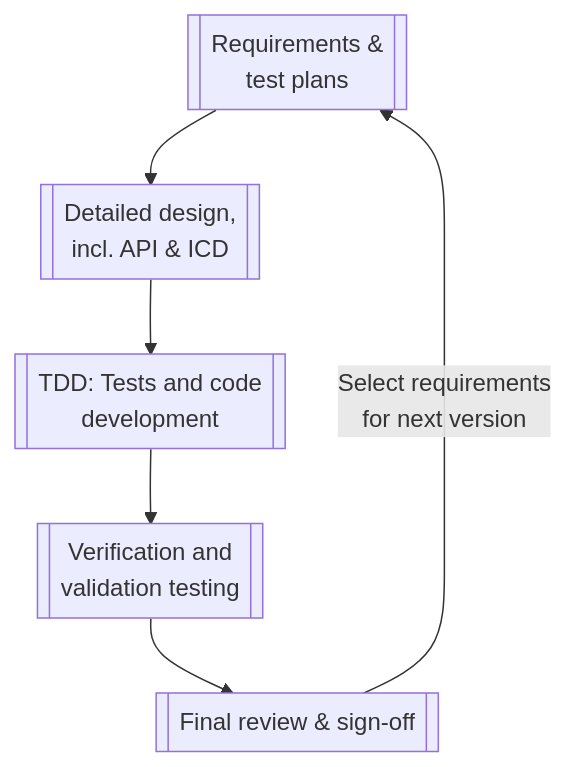
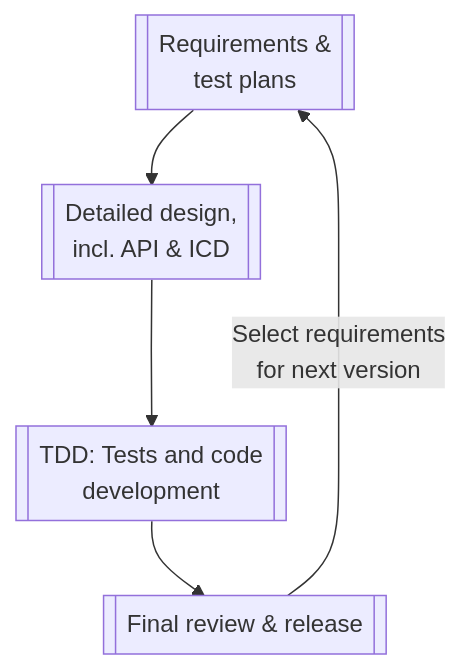
Before and after one commit to nyx-space/quality-assurance: the first of 4 diagrams in docs/process/process.md, drawn with Mermaid. The commit also changed other lines of this file and 7 other files, not shown here.

````diff
--- a/docs/process/process.md
+++ b/docs/process/process.md
@@ -3,5 +5,10 @@
 ``` mermaid
 graph TD
-  A[[Requirements & <br/> test plans]] --> B[[Detailed design, <br/>incl. API & ICD]] --> C[[TDD: Tests and code  <br/>development]] --> D[[Verification and <br/> validation testing]] --> E[[Final review & sign-off]]
-  E --> |Select requirements <br/> for next version| A
+  A[[Requirements & <br/> test plans]] --> B[[Detailed design, <br/>incl. API & ICD]] --> C[[TDD: Tests and code  <br/>development]] -->D[[Final review & release]]
+  D --> |Select requirements <br/> for next version| A
+
+  click A "/process/requirements/"
+  click B "/process/design/"
+  click C "/process/development/"
+  click D "/process/release/"
 ```
````
